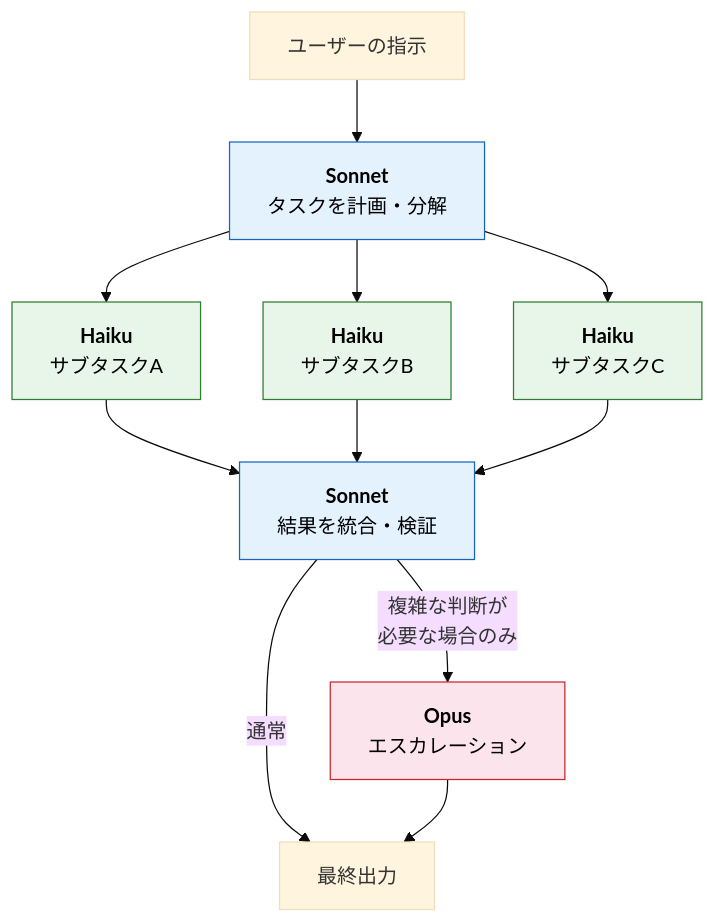
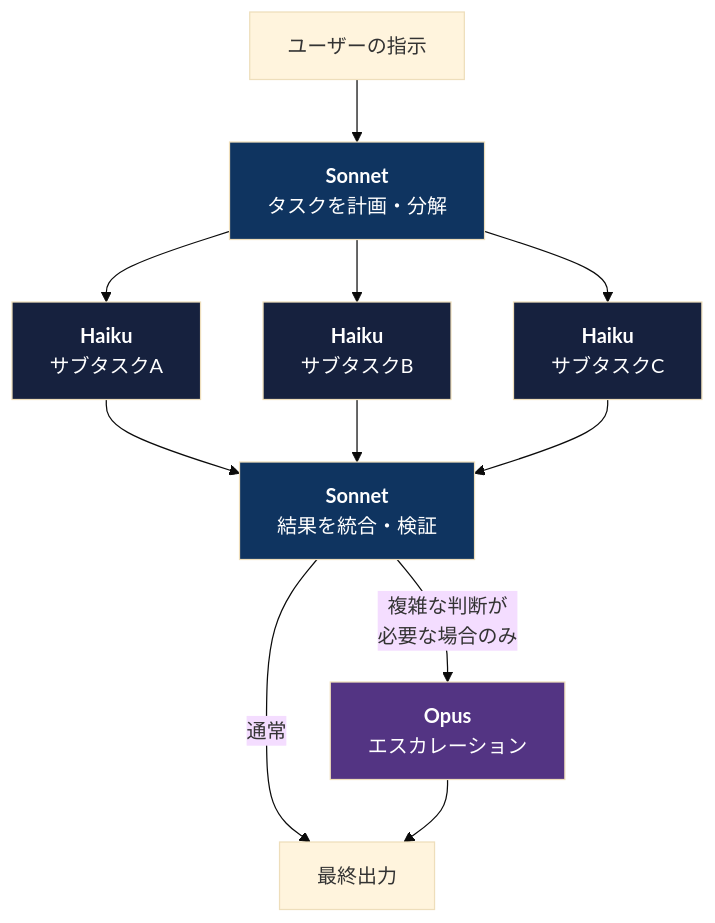
One commit to Leading-AI-IO/anatomy-of-anthropic changed the eighth of 14 diagrams in docs/jp/anatomy_of_anthropic_jp.md. Above: the diagram before and after it, drawn with Mermaid (base theme). The commit also changed other lines of this file, not shown here.

````diff
--- a/docs/jp/anatomy_of_anthropic_jp.md
+++ b/docs/jp/anatomy_of_anthropic_jp.md
@@ -528,20 +528,20 @@
 ```mermaid
 flowchart TB
     U["ユーザーの指示"] --> S1["<b>Sonnet</b><br/>タスクを計画・分解"]
     S1 --> H1["<b>Haiku</b><br/>サブタスクA"]
     S1 --> H2["<b>Haiku</b><br/>サブタスクB"]
     S1 --> H3["<b>Haiku</b><br/>サブタスクC"]
     H1 --> S2["<b>Sonnet</b><br/>結果を統合・検証"]
     H2 --> S2
     H3 --> S2
     S2 -->|"通常"| OUT["最終出力"]
     S2 -->|"複雑な判断が<br/>必要な場合のみ"| O["<b>Opus</b><br/>エスカレーション"]
     O --> OUT
 
-    style S1 fill:#e3f2fd,stroke:#1565c0,color:#000
-    style S2 fill:#e3f2fd,stroke:#1565c0,color:#000
-    style H1 fill:#e8f5e9,stroke:#2e7d32,color:#000
-    style H2 fill:#e8f5e9,stroke:#2e7d32,color:#000
-    style H3 fill:#e8f5e9,stroke:#2e7d32,color:#000
-    style O fill:#fce4ec,stroke:#c62828,color:#000
+    style S1 fill:#0f3460,color:#fff
+    style S2 fill:#0f3460,color:#fff
+    style H1 fill:#16213e,color:#fff
+    style H2 fill:#16213e,color:#fff
+    style H3 fill:#16213e,color:#fff
+    style O fill:#533483,color:#fff
 ```
````
